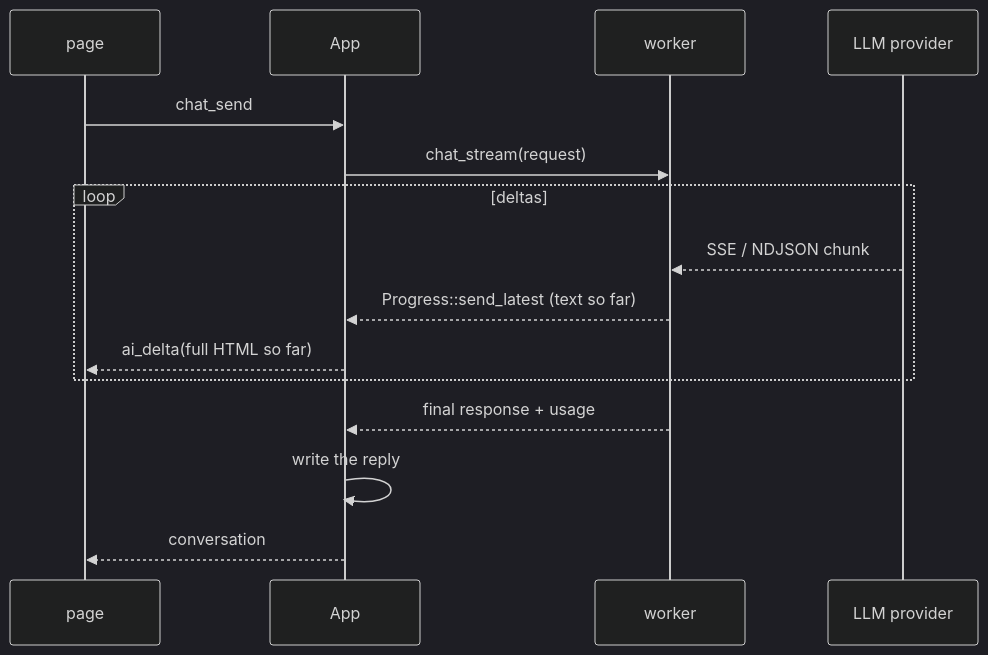
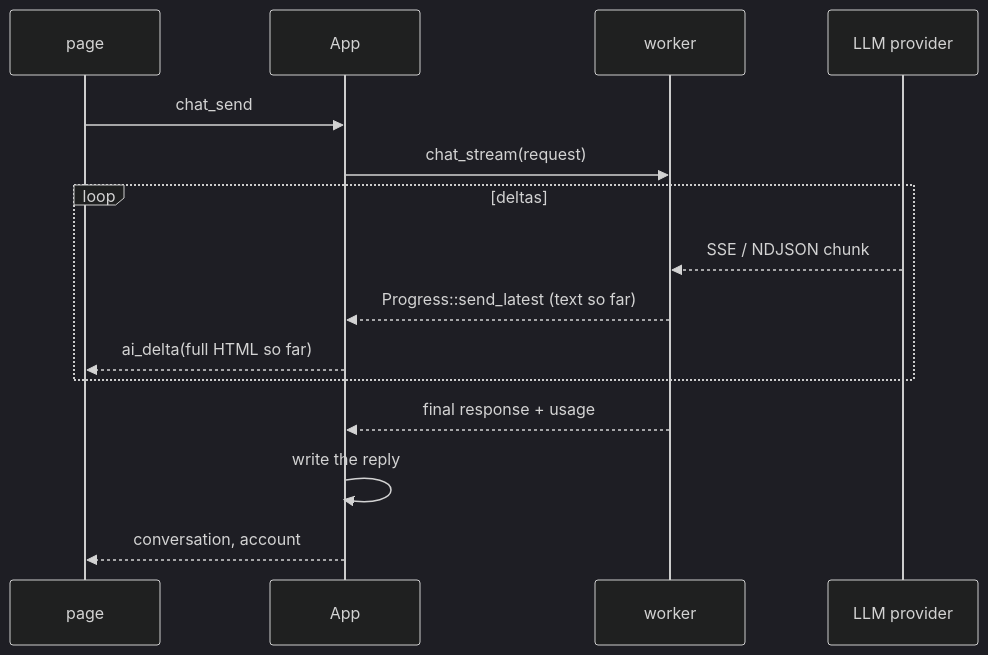
One commit to steschu77/avelor changed the diagram in docs/assistant.md. Above: the diagram before and after it, drawn with Mermaid (dark theme). The commit also changed other lines of this file and 15 other files, not shown here.

````diff
--- a/docs/assistant.md
+++ b/docs/assistant.md
@@ -114,17 +114,17 @@
 ```mermaid
 sequenceDiagram
     participant P as page
     participant S as App
     participant W as worker
     participant L as LLM provider
     P->>S: chat_send
     S->>W: chat_stream(request)
     loop deltas
         L-->>W: SSE / NDJSON chunk
         W-->>S: Progress::send_latest (text so far)
         S-->>P: ai_delta(full HTML so far)
     end
     W-->>S: final response + usage
     S->>S: write the reply
-    S-->>P: conversation
+    S-->>P: conversation, account
 ```
````
